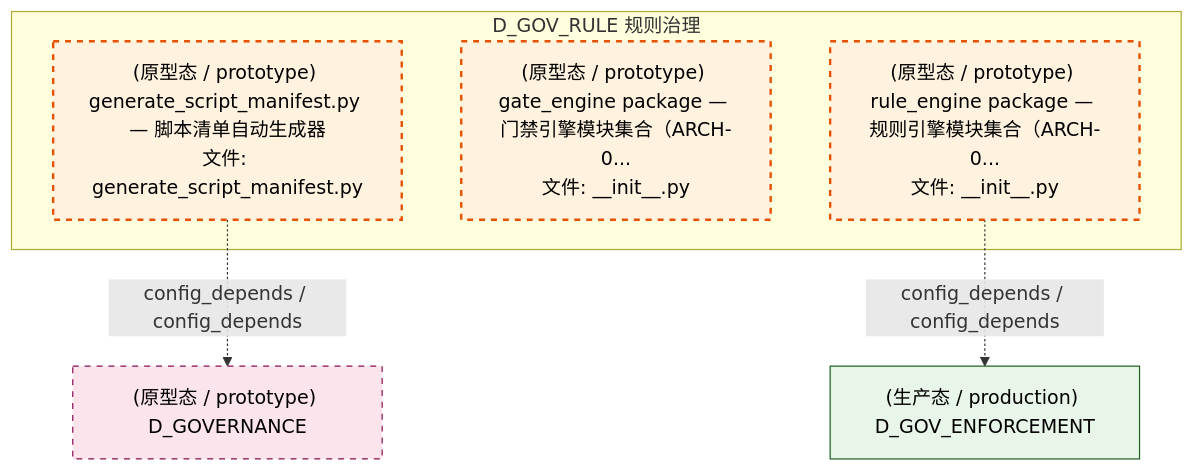
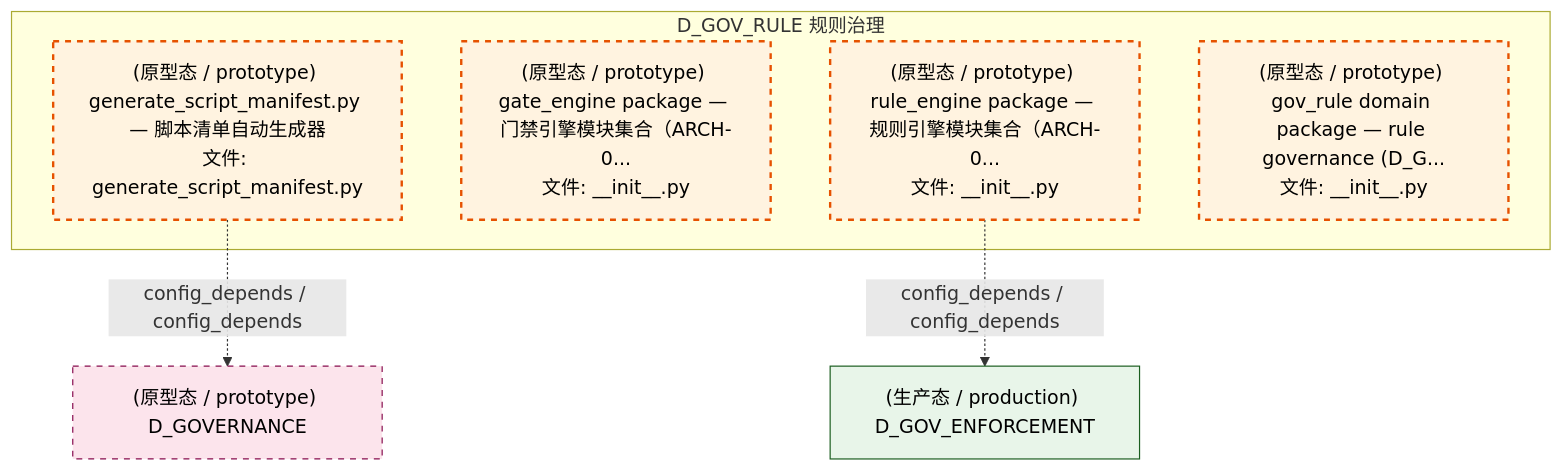
One commit to xuanFelixVan/ZephyrAlpha changed the fourth of 5 diagrams in docs/02_enterprise_architecture/02_domain_architecture_docs/43_d_gov_rule.md. Above: the diagram before and after it, drawn with Mermaid. The commit also changed other lines of this file and 112 other files, not shown here.

````diff
--- a/docs/02_enterprise_architecture/02_domain_architecture_docs/43_d_gov_rule.md
+++ b/docs/02_enterprise_architecture/02_domain_architecture_docs/43_d_gov_rule.md
@@ -342,19 +345,20 @@
 ```mermaid
 graph TD
     subgraph D_GOV_RULE["D_GOV_RULE 规则治理"]
         scripts_governance_generators_generate_script_manifest_py["(原型态 / prototype) generate_script_manifest.py — 脚本清单自动生成器<br/>文件: generate_script_manifest.py"]
         src_zephyr_gov_enforcement_rule_enforcement_gate_engine_init_py["(原型态 / prototype) gate_engine package — 门禁引擎模块集合（ARCH-0...<br/>文件: __init__.py"]
         src_zephyr_gov_enforcement_rule_enforcement_rule_engine_init_py["(原型态 / prototype) rule_engine package — 规则引擎模块集合（ARCH-0...<br/>文件: __init__.py"]
+        src_zephyr_gov_rule_init_py["(原型态 / prototype) gov_rule domain package — rule governance (D_G...<br/>文件: __init__.py"]
     end
     D_GOV_ENFORCEMENT["(生产态 / production) D_GOV_ENFORCEMENT"]
     src_zephyr_gov_enforcement_rule_enforcement_rule_engine_init_py -.->|config_depends / config_depends| D_GOV_ENFORCEMENT
     D_GOVERNANCE["(原型态 / prototype) D_GOVERNANCE"]
     scripts_governance_generators_generate_script_manifest_py -.->|config_depends / config_depends| D_GOVERNANCE
     classDef production fill:#e1f5fe,stroke:#01579b,stroke-width:2px,color:#000
     classDef design fill:#fff3e0,stroke:#e65100,stroke-width:2px,color:#000,stroke-dasharray: 5 5
     classDef external_prod fill:#e8f5e9,stroke:#1b5e20,stroke-width:1px,color:#000
     classDef external_design fill:#fce4ec,stroke:#880e4f,stroke-width:1px,color:#000,stroke-dasharray: 5 5
-    class scripts_governance_generators_generate_script_manifest_py,src_zephyr_gov_enforcement_rule_enforcement_gate_engine_init_py,src_zephyr_gov_enforcement_rule_enforcement_rule_engine_init_py design
+    class scripts_governance_generators_generate_script_manifest_py,src_zephyr_gov_enforcement_rule_enforcement_gate_engine_init_py,src_zephyr_gov_enforcement_rule_enforcement_rule_engine_init_py,src_zephyr_gov_rule_init_py design
     class D_GOV_ENFORCEMENT external_prod
     class D_GOVERNANCE external_design
 ```
````
